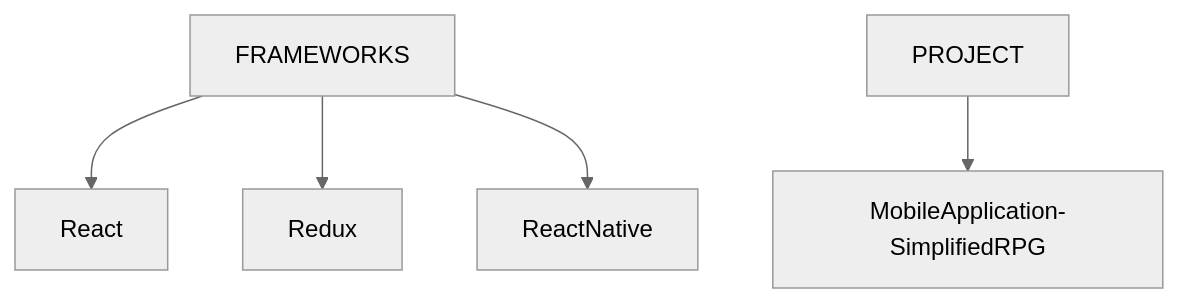
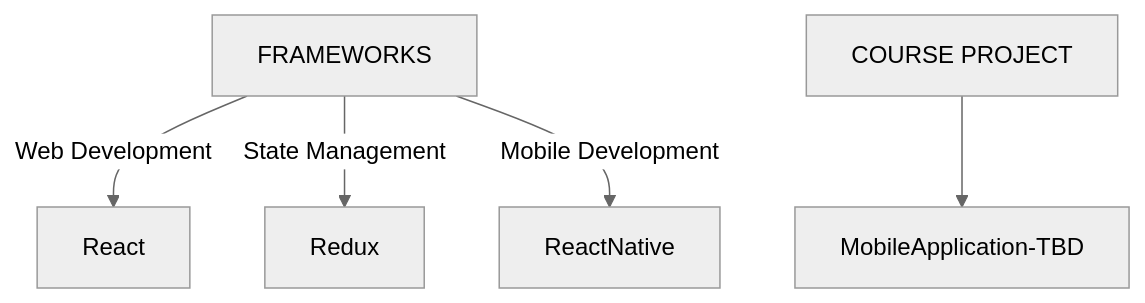
The second of 2 diagrams in README.md (prak112/DevSchool-Javascript), drawn with Mermaid (neutral theme) before and after one commit. The commit also changed other lines of this file, not shown here.

````diff
--- a/README.md
+++ b/README.md
@@ -23,7 +38,7 @@
 ```mermaid
 graph TD
-B[FRAMEWORKS] -->React 
-B -->Redux
-B -->ReactNative
-C[PROJECT] -->MobileApplication-SimplifiedRPG
+C[FRAMEWORKS] --Web Development-->D[React]
+C --State Management-->E[Redux]
+C --Mobile Development-->F[ReactNative]
+G[COURSE PROJECT] -->MobileApplication-TBD
 ```
````
